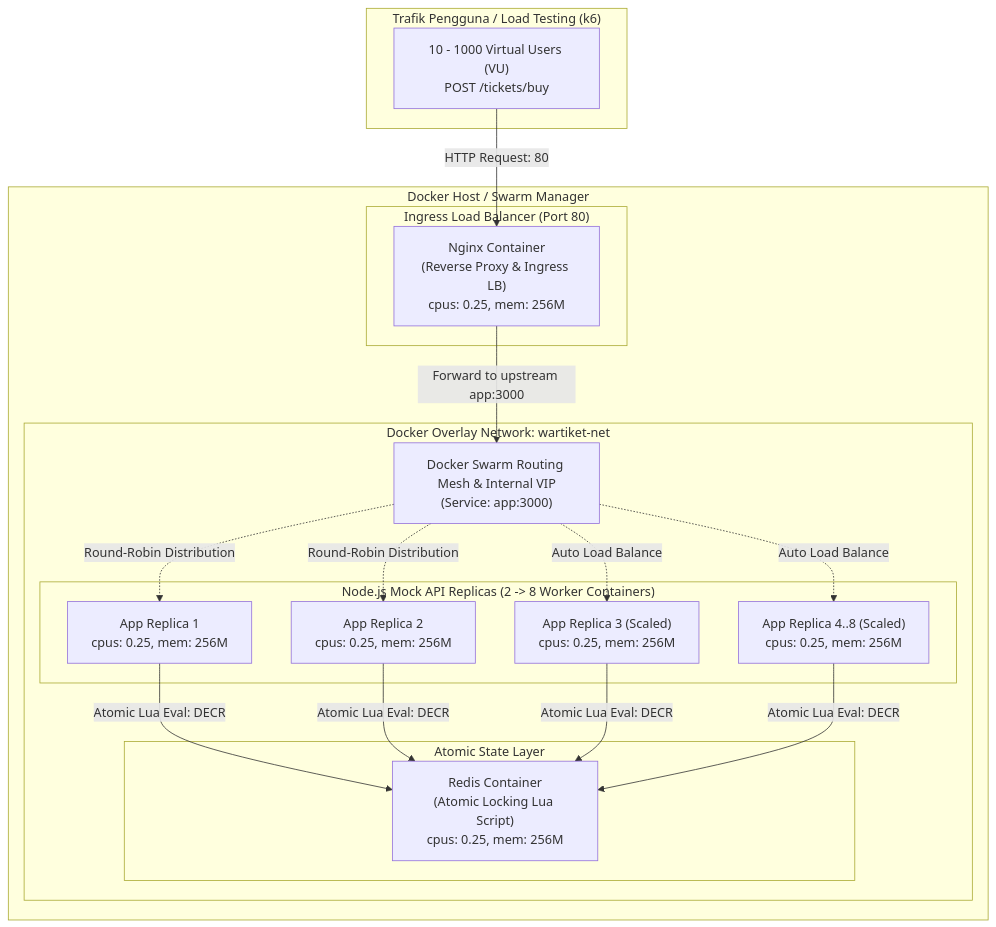
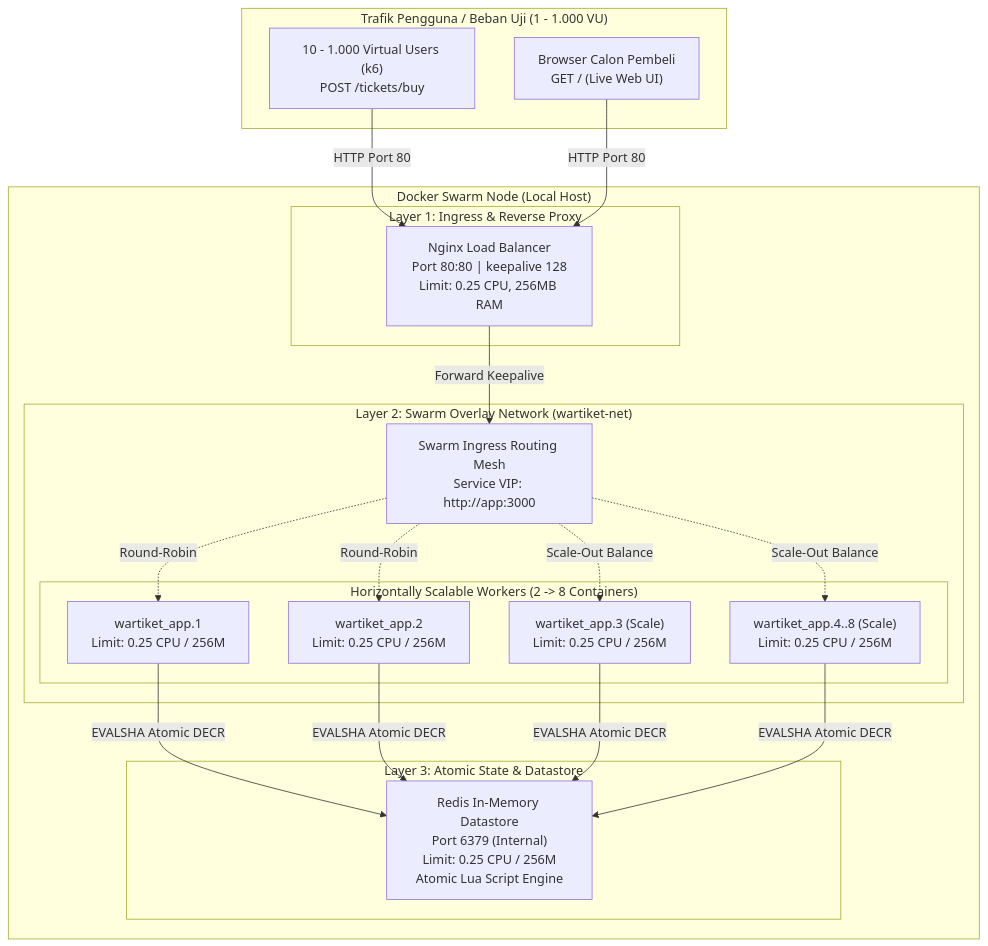
The diagram in README.md (Cahyooo69/Auto-Scaling-Load-Balancing), drawn with Mermaid before and after one commit. The commit also changed other lines of this file and 19 other files, not shown here.

````diff
--- a/README.md
+++ b/README.md
@@ -32,39 +62,41 @@
 ```mermaid
 flowchart TD
-    subgraph Clients["Trafik Pengguna / Load Testing (k6)"]
-        VU["10 - 1000 Virtual Users (VU)<br/>POST /tickets/buy"]
+    subgraph Clients["Trafik Pengguna / Beban Uji (1 - 1.000 VU)"]
+        CLI["10 - 1.000 Virtual Users (k6)<br/>POST /tickets/buy"]
+        WEB["Browser Calon Pembeli<br/>GET / (Live Web UI)"]
     end
 
-    subgraph Host["Docker Host / Swarm Manager"]
-        subgraph Ingress["Ingress Load Balancer (Port 80)"]
-            NGINX["Nginx Container<br/>(Reverse Proxy & Ingress LB)<br/>cpus: 0.25, mem: 256M"]
+    subgraph Host["Docker Swarm Node (Local Host)"]
+        subgraph Layer1["Layer 1: Ingress & Reverse Proxy"]
+            NGINX["Nginx Load Balancer<br/>Port 80:80 | keepalive 128<br/>Limit: 0.25 CPU, 256MB RAM"]
         end
 
-        subgraph SwarmOverlay["Docker Overlay Network: wartiket-net"]
-            VIP["Docker Swarm Routing Mesh & Internal VIP<br/>(Service: app:3000)"]
+        subgraph Layer2["Layer 2: Swarm Overlay Network (wartiket-net)"]
+            VIP["Swarm Ingress Routing Mesh<br/>Service VIP: http://app:3000"]
             
-            subgraph AppReplicas["Node.js Mock API Replicas (2 -> 8 Worker Containers)"]
-                APP1["App Replica 1<br/>cpus: 0.25, mem: 256M"]
-                APP2["App Replica 2<br/>cpus: 0.25, mem: 256M"]
-                APP3["App Replica 3 (Scaled)<br/>cpus: 0.25, mem: 256M"]
-                APPN["App Replica 4..8 (Scaled)<br/>cpus: 0.25, mem: 256M"]
+            subgraph Replicas["Horizontally Scalable Workers (2 -> 8 Containers)"]
+                APP1["wartiket_app.1<br/>Limit: 0.25 CPU / 256M"]
+                APP2["wartiket_app.2<br/>Limit: 0.25 CPU / 256M"]
+                APP3["wartiket_app.3 (Scale)<br/>Limit: 0.25 CPU / 256M"]
+                APPN["wartiket_app.4..8 (Scale)<br/>Limit: 0.25 CPU / 256M"]
             end
+        end
 
-            subgraph Storage["Atomic State Layer"]
-                REDIS["Redis Container<br/>(Atomic Locking Lua Script)<br/>cpus: 0.25, mem: 256M"]
-            end
+        subgraph Layer3["Layer 3: Atomic State & Datastore"]
+            REDIS["Redis In-Memory Datastore<br/>Port 6379 (Internal)<br/>Limit: 0.25 CPU / 256M<br/>Atomic Lua Script Engine"]
         end
     end
 
-    VU -->|HTTP Request: 80| NGINX
-    NGINX -->|Forward to upstream app:3000| VIP
-    VIP -.->|Round-Robin Distribution| APP1
-    VIP -.->|Round-Robin Distribution| APP2
-    VIP -.->|Auto Load Balance| APP3
-    VIP -.->|Auto Load Balance| APPN
+    CLI -->|HTTP Port 80| NGINX
+    WEB -->|HTTP Port 80| NGINX
+    NGINX -->|Forward Keepalive| VIP
+    VIP -.->|Round-Robin| APP1
+    VIP -.->|Round-Robin| APP2
+    VIP -.->|Scale-Out Balance| APP3
+    VIP -.->|Scale-Out Balance| APPN
 
-    APP1 -->|Atomic Lua Eval: DECR| REDIS
-    APP2 -->|Atomic Lua Eval: DECR| REDIS
-    APP3 -->|Atomic Lua Eval: DECR| REDIS
-    APPN -->|Atomic Lua Eval: DECR| REDIS
+    APP1 -->|EVALSHA Atomic DECR| REDIS
+    APP2 -->|EVALSHA Atomic DECR| REDIS
+    APP3 -->|EVALSHA Atomic DECR| REDIS
+    APPN -->|EVALSHA Atomic DECR| REDIS
 ```
````
